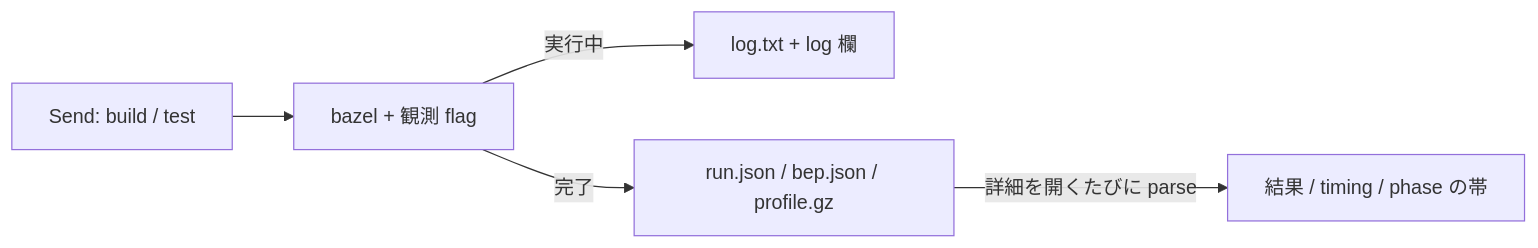
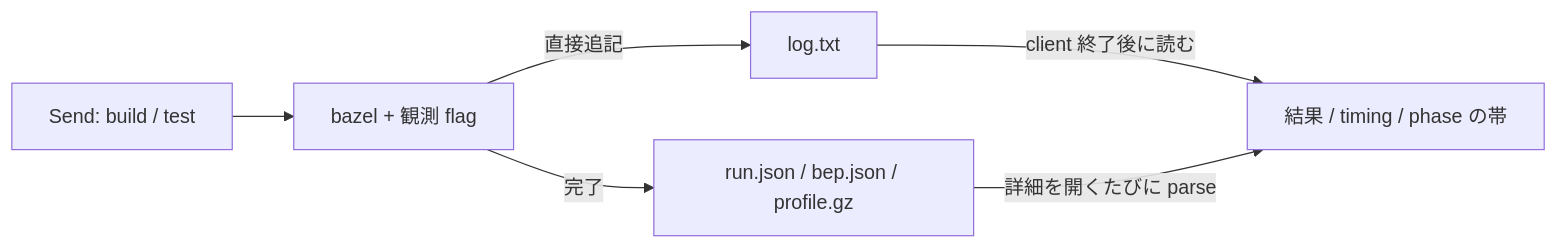
Before and after one commit to OhataKenji/zeal: the diagram in docs/design/m2-run-detail.md, drawn with Mermaid. The commit also changed other lines of this file and 14 other files, not shown here.

````diff
--- a/docs/design/m2-run-detail.md
+++ b/docs/design/m2-run-detail.md
@@ -48,7 +48,8 @@
 ```mermaid
 flowchart LR
     SEND["Send: build / test"] --> SPAWN["bazel + 観測 flag"]
-    SPAWN -->|"実行中"| LOG["log.txt + log 欄"]
+    SPAWN -->|"直接追記"| LOG["log.txt"]
+    LOG -->|"client 終了後に読む"| VIEW
     SPAWN -->|"完了"| FILES["run.json / bep.json / profile.gz"]
     FILES -->|"詳細を開くたびに parse"| VIEW["結果 / timing / phase の帯"]
 ```
````
